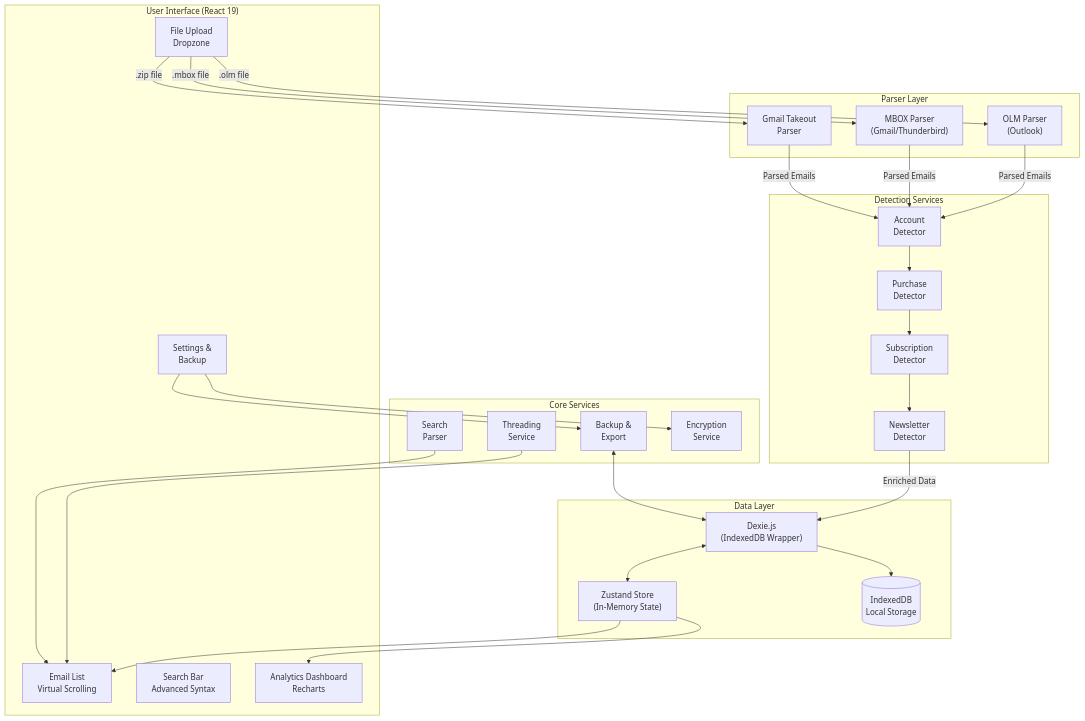
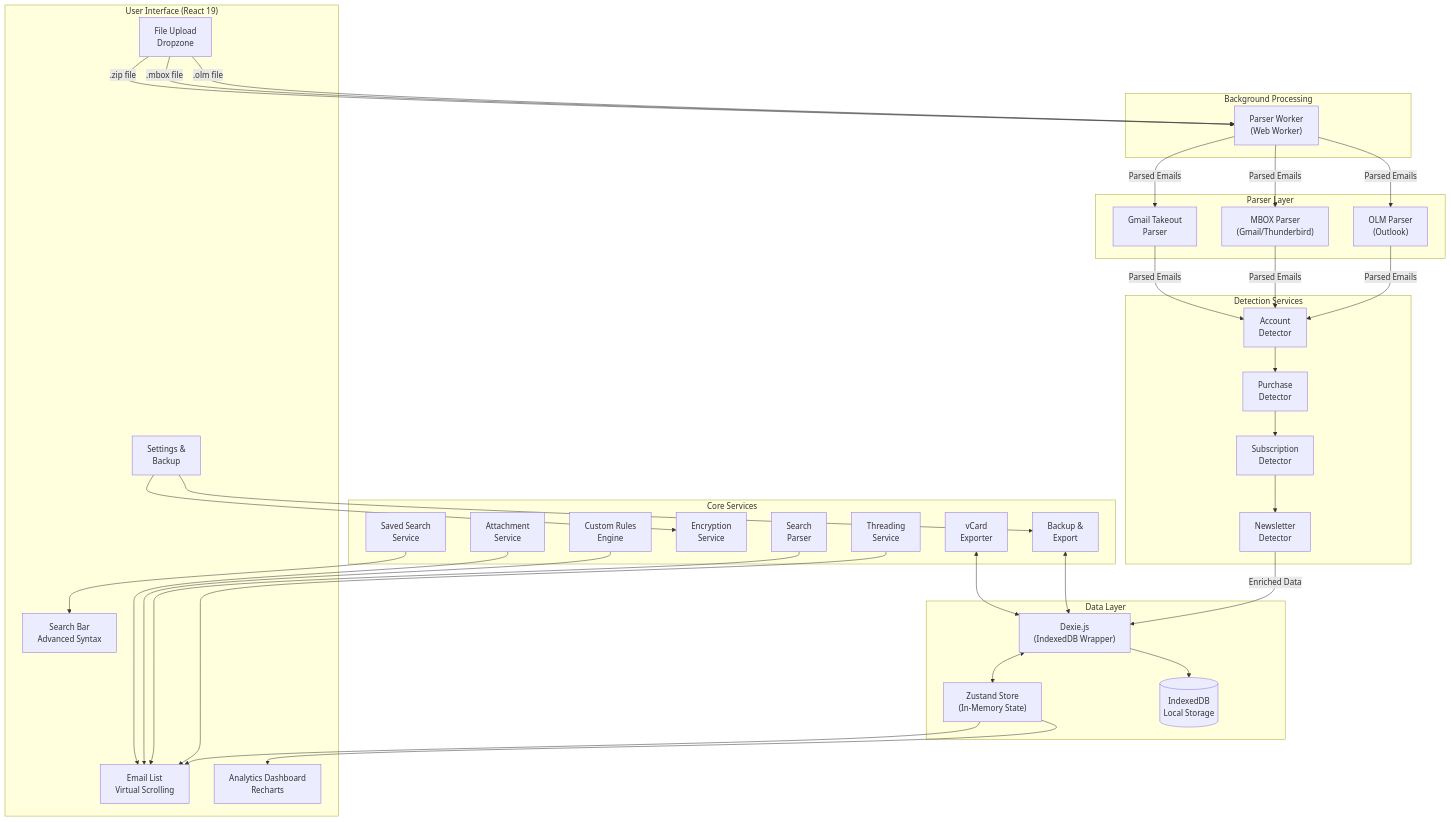
One commit to Technical-1/EmailAnalyzer changed the first of 2 diagrams in .portfolio/architecture.md. Above: the diagram before and after it, drawn with Mermaid. The commit also changed other lines of this file and 12 other files, not shown here.

````diff
--- a/.portfolio/architecture.md
+++ b/.portfolio/architecture.md
@@ -5,61 +5,77 @@
 ```mermaid
 flowchart TB
     subgraph UserInterface["User Interface (React 19)"]
         FileUpload["File Upload<br/>Dropzone"]
         EmailList["Email List<br/>Virtual Scrolling"]
         SearchBar["Search Bar<br/>Advanced Syntax"]
         Analytics["Analytics Dashboard<br/>Recharts"]
         Settings["Settings &<br/>Backup"]
     end
 
     subgraph ParserLayer["Parser Layer"]
         OLM["OLM Parser<br/>(Outlook)"]
         MBOX["MBOX Parser<br/>(Gmail/Thunderbird)"]
         Takeout["Gmail Takeout<br/>Parser"]
     end
 
     subgraph DetectionLayer["Detection Services"]
         AccountDet["Account<br/>Detector"]
         PurchaseDet["Purchase<br/>Detector"]
         SubsDet["Subscription<br/>Detector"]
         NewsletterDet["Newsletter<br/>Detector"]
     end
 
     subgraph DataLayer["Data Layer"]
         Zustand["Zustand Store<br/>(In-Memory State)"]
         Dexie["Dexie.js<br/>(IndexedDB Wrapper)"]
         IndexedDB[(IndexedDB<br/>Local Storage)]
     end
 
+    subgraph Workers["Background Processing"]
+        ParserWorker["Parser Worker<br/>(Web Worker)"]
+    end
+
     subgraph Services["Core Services"]
         Threading["Threading<br/>Service"]
         Search["Search<br/>Parser"]
         Export["Backup &<br/>Export"]
         Encryption["Encryption<br/>Service"]
+        CustomRules["Custom Rules<br/>Engine"]
+        SavedSearch["Saved Search<br/>Service"]
+        VCardExport["vCard<br/>Exporter"]
+        AttachmentSvc["Attachment<br/>Service"]
     end
 
-    FileUpload --> |".olm file"| OLM
-    FileUpload --> |".mbox file"| MBOX
-    FileUpload --> |".zip file"| Takeout
+    FileUpload --> |".olm file"| ParserWorker
+    FileUpload --> |".mbox file"| ParserWorker
+    FileUpload --> |".zip file"| ParserWorker
+
+    ParserWorker --> |"Parsed Emails"| OLM
+    ParserWorker --> |"Parsed Emails"| MBOX
+    ParserWorker --> |"Parsed Emails"| Takeout
 
     OLM --> |"Parsed Emails"| AccountDet
     MBOX --> |"Parsed Emails"| AccountDet
     Takeout --> |"Parsed Emails"| AccountDet
 
     AccountDet --> PurchaseDet
     PurchaseDet --> SubsDet
     SubsDet --> NewsletterDet
 
     NewsletterDet --> |"Enriched Data"| Dexie
     Dexie --> IndexedDB
     Dexie <--> Zustand
 
     Zustand --> EmailList
     Zustand --> Analytics
     Threading --> EmailList
     Search --> EmailList
 
     Settings --> Export
     Settings --> Encryption
     Export <--> Dexie
+    CustomRules --> EmailList
+    SavedSearch --> SearchBar
+    VCardExport <--> Dexie
+    AttachmentSvc --> EmailList
 ```
````
